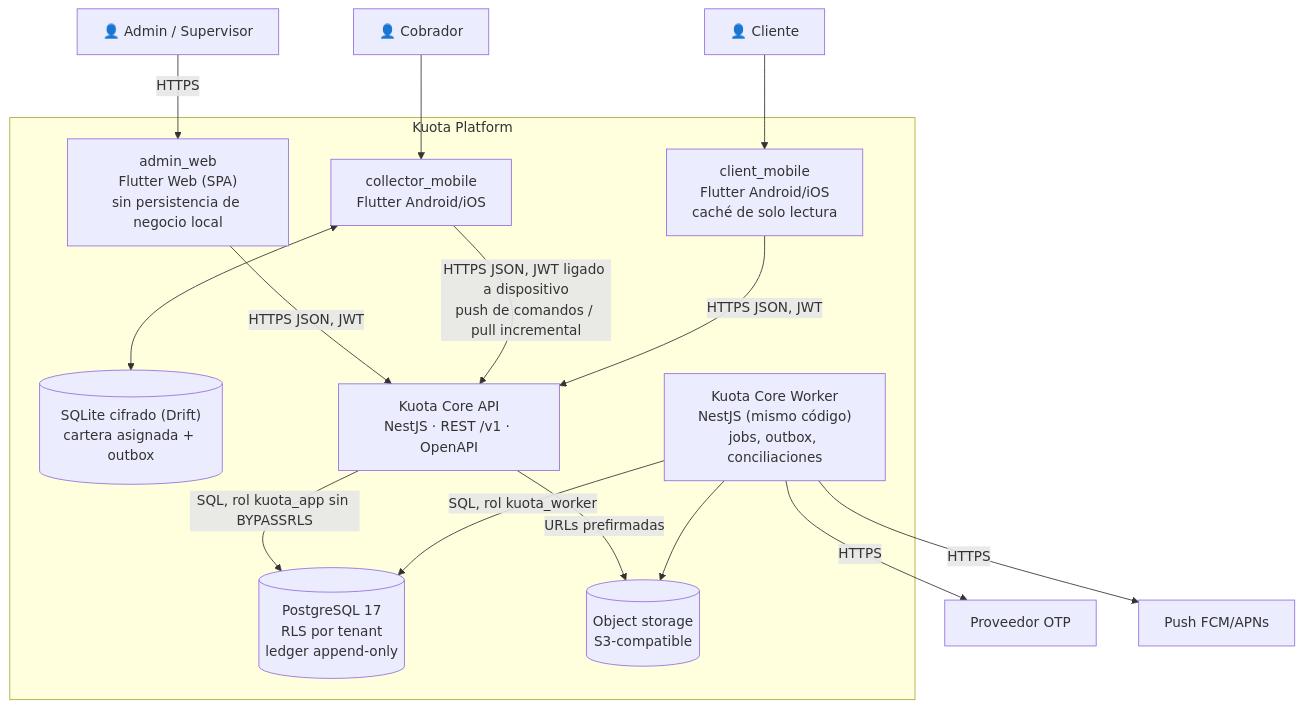
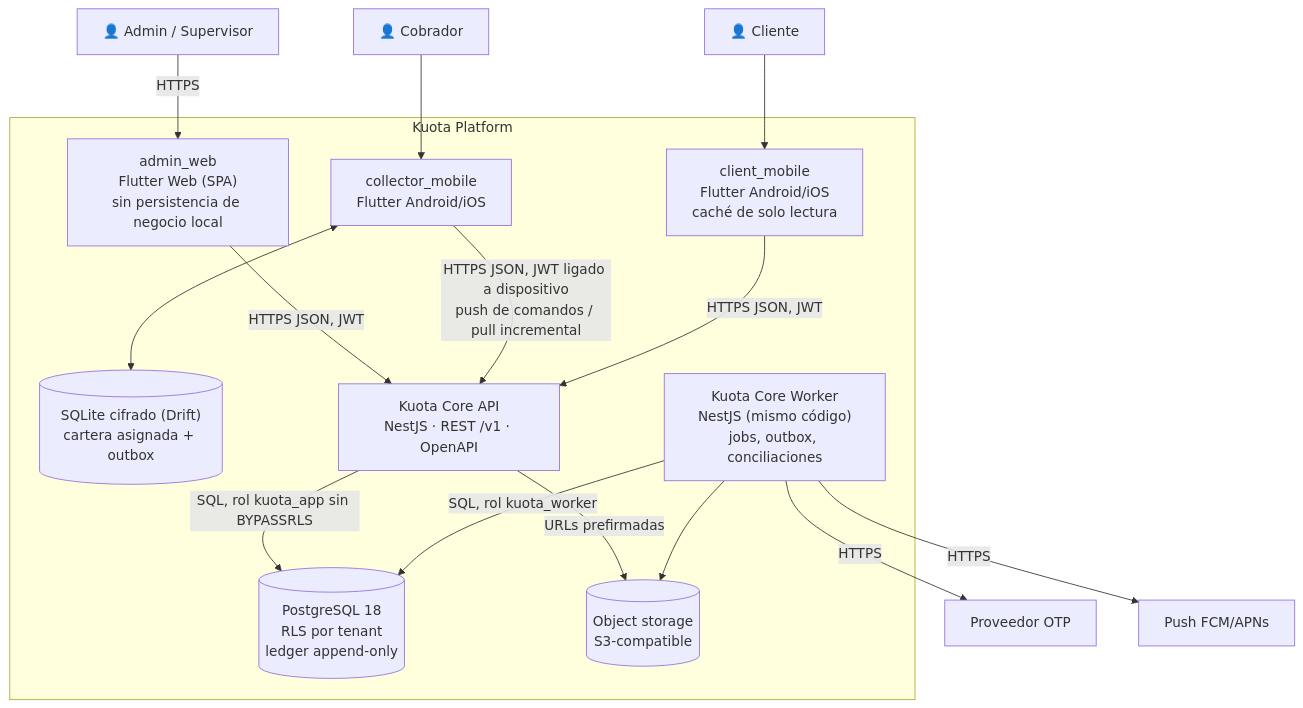
One commit to aguila486/kuota-platform changed the diagram in docs/architecture/c4-containers.md. Above: the diagram before and after it, drawn with Mermaid. The commit also changed other lines of this file and 17 other files, not shown here.

````diff
--- a/docs/architecture/c4-containers.md
+++ b/docs/architecture/c4-containers.md
@@ -7,33 +7,33 @@
 ```mermaid
 flowchart TB
     ADM["👤 Admin / Supervisor"]
     COL["👤 Cobrador"]
     CLI["👤 Cliente"]
 
     subgraph Kuota["Kuota Platform"]
         AW["admin_web<br/>Flutter Web (SPA)<br/>sin persistencia de negocio local"]
         CM["collector_mobile<br/>Flutter Android/iOS"]
         CDB[("SQLite cifrado (Drift)<br/>cartera asignada + outbox")]
         CA["client_mobile<br/>Flutter Android/iOS<br/>caché de solo lectura"]
         API["Kuota Core API<br/>NestJS · REST /v1 · OpenAPI"]
         WK["Kuota Core Worker<br/>NestJS (mismo código)<br/>jobs, outbox, conciliaciones"]
-        PG[("PostgreSQL 17<br/>RLS por tenant<br/>ledger append-only")]
+        PG[("PostgreSQL 18<br/>RLS por tenant<br/>ledger append-only")]
         OS[("Object storage<br/>S3-compatible")]
     end
     OTP["Proveedor OTP"]
     PUSH["Push FCM/APNs"]
 
     ADM -->|HTTPS| AW
     COL --> CM
     CLI --> CA
     CM <--> CDB
     AW -->|HTTPS JSON, JWT| API
     CM -->|HTTPS JSON, JWT ligado a dispositivo<br/>push de comandos / pull incremental| API
     CA -->|HTTPS JSON, JWT| API
     API -->|SQL, rol kuota_app sin BYPASSRLS| PG
     WK -->|SQL, rol kuota_worker| PG
     API -->|URLs prefirmadas| OS
     WK --> OS
     WK -->|HTTPS| OTP
     WK -->|HTTPS| PUSH
 ```
````
